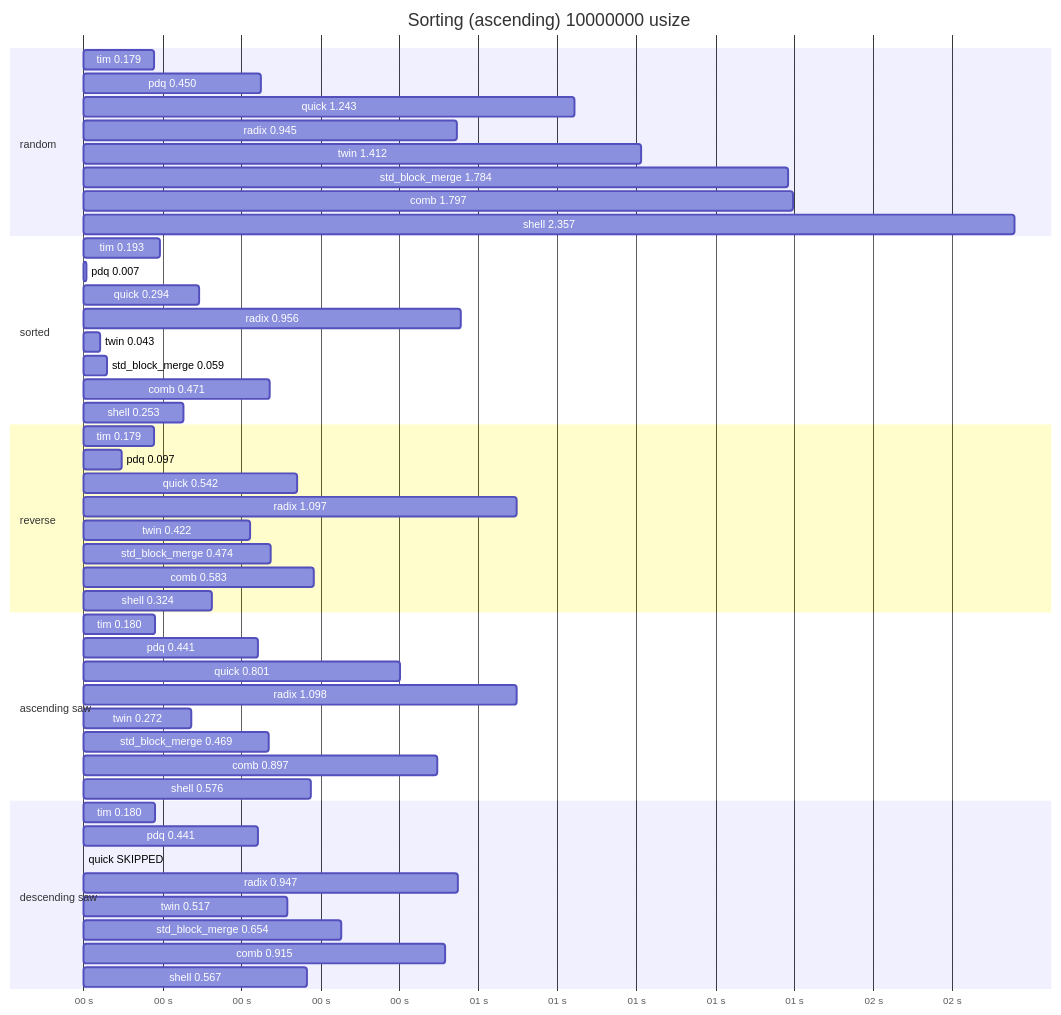
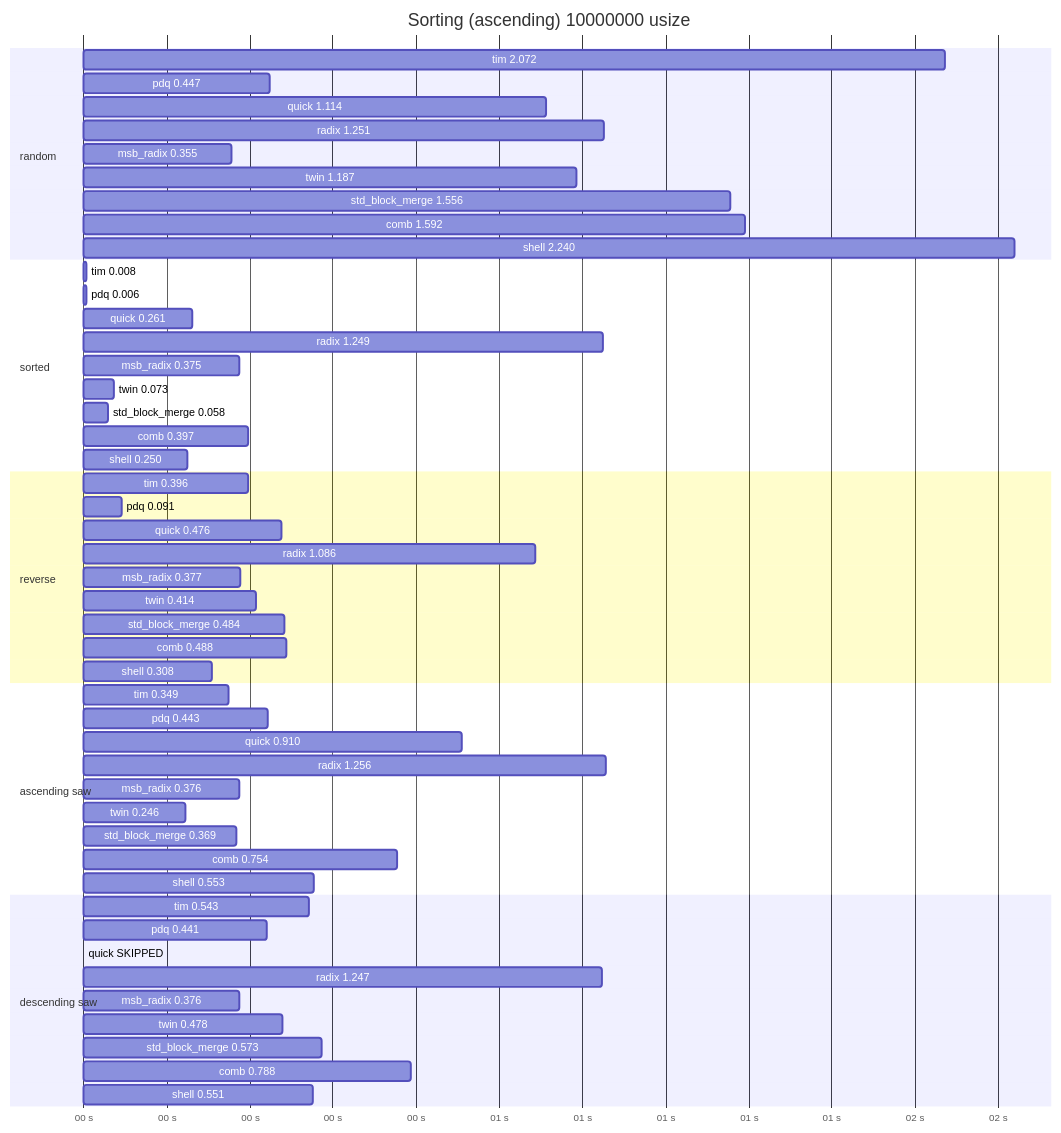
One commit to alichraghi/zort changed the third of 4 diagrams in README.md. Above: the diagram before and after it, drawn with Mermaid. The commit also changed other lines of this file, not shown here.

````diff
--- a/README.md
+++ b/README.md
@@ -148,51 +158,56 @@
 ```mermaid
 gantt
     title Sorting (ascending) 10000000 usize
     dateFormat x
     axisFormat %S s
     section random
-    tim 0.179: 0,179
-    pdq 0.450: 0,450
-    quick 1.243: 0,1243
-    radix 0.945: 0,945
-    twin 1.412: 0,1412
-    std_block_merge 1.784: 0,1784
-    comb 1.797: 0,1797
-    shell 2.357: 0,2358
+    tim 2.072: 0,2073
+    pdq 0.447: 0,447
+    quick 1.114: 0,1114
+    radix 1.251: 0,1251
+    msb_radix 0.355: 0,355
+    twin 1.187: 0,1187
+    std_block_merge 1.556: 0,1556
+    comb 1.592: 0,1592
+    shell 2.240: 0,2240
     section sorted
-    tim 0.193: 0,193
-    pdq 0.007: 0,7
-    quick 0.294: 0,294
-    radix 0.956: 0,956
-    twin 0.043: 0,43
-    std_block_merge 0.059: 0,59
-    comb 0.471: 0,471
-    shell 0.253: 0,253
+    tim 0.008: 0,8
+    pdq 0.006: 0,6
+    quick 0.261: 0,261
+    radix 1.249: 0,1249
+    msb_radix 0.375: 0,375
+    twin 0.073: 0,73
+    std_block_merge 0.058: 0,58
+    comb 0.397: 0,397
+    shell 0.250: 0,250
     section reverse
-    tim 0.179: 0,179
-    pdq 0.097: 0,97
-    quick 0.542: 0,542
-    radix 1.097: 0,1097
-    twin 0.422: 0,422
-    std_block_merge 0.474: 0,474
-    comb 0.583: 0,583
-    shell 0.324: 0,324
+    tim 0.396: 0,396
+    pdq 0.091: 0,91
+    quick 0.476: 0,476
+    radix 1.086: 0,1086
+    msb_radix 0.377: 0,377
+    twin 0.414: 0,414
+    std_block_merge 0.484: 0,484
+    comb 0.488: 0,488
+    shell 0.308: 0,308
     section ascending saw
-    tim 0.180: 0,180
-    pdq 0.441: 0,441
-    quick 0.801: 0,801
-    radix 1.098: 0,1098
-    twin 0.272: 0,272
-    std_block_merge 0.469: 0,469
-    comb 0.897: 0,897
-    shell 0.576: 0,576
+    tim 0.349: 0,349
+    pdq 0.443: 0,443
+    quick 0.910: 0,910
+    radix 1.256: 0,1256
+    msb_radix 0.376: 0,376
+    twin 0.246: 0,246
+    std_block_merge 0.369: 0,369
+    comb 0.754: 0,754
+    shell 0.553: 0,553
     section descending saw
-    tim 0.180: 0,180
+    tim 0.543: 0,543
     pdq 0.441: 0,441
     quick SKIPPED: 0
-    radix 0.947: 0,947
-    twin 0.517: 0,517
-    std_block_merge 0.654: 0,654
-    comb 0.915: 0,915
-    shell 0.567: 0,567
+    radix 1.247: 0,1247
+    msb_radix 0.376: 0,376
+    twin 0.478: 0,478
+    std_block_merge 0.573: 0,573
+    comb 0.788: 0,788
+    shell 0.551: 0,551
 ```
````
